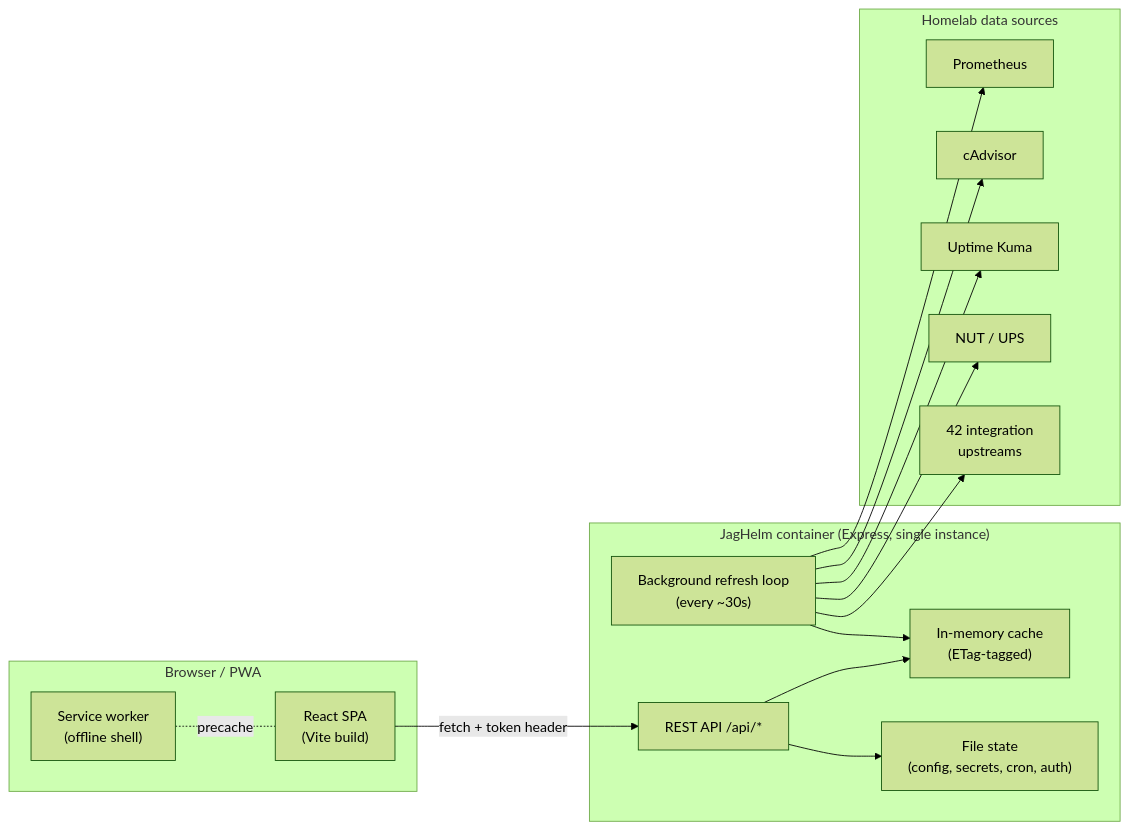
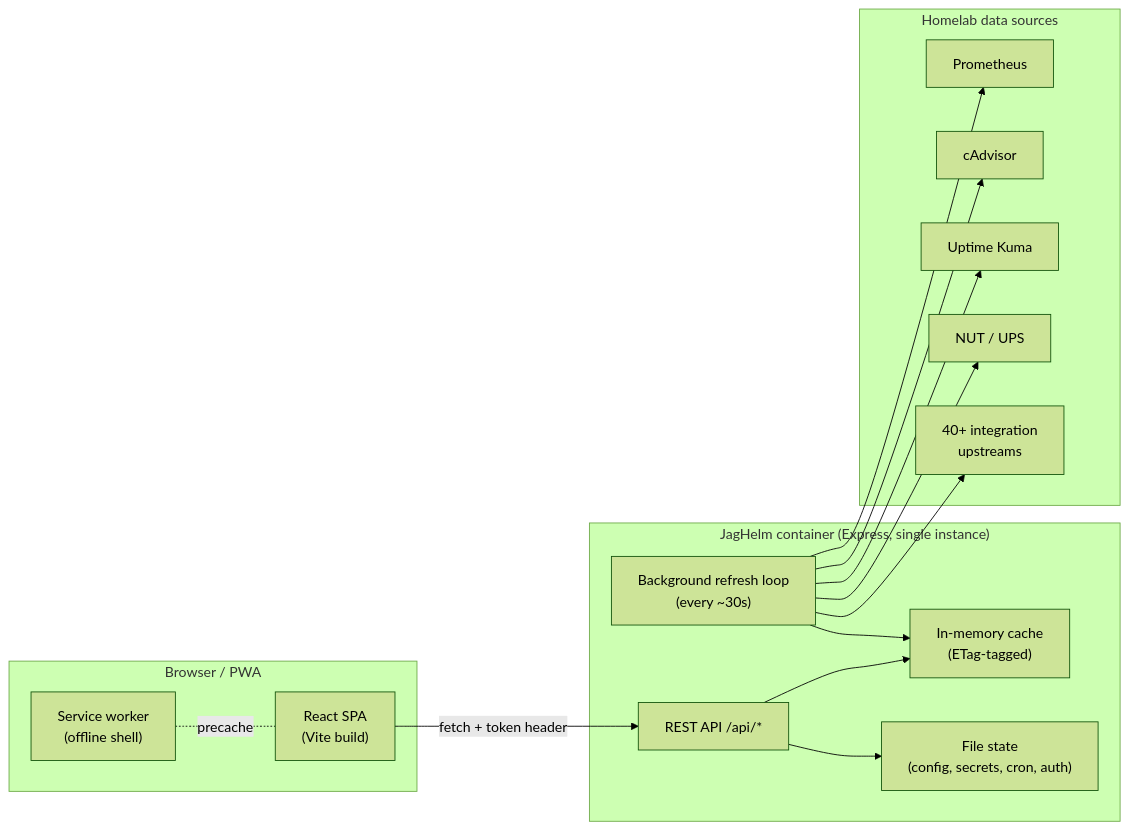
The first of 5 diagrams in docs/ARCHITECTURE.md (jagbhandal/jaghelm), drawn with Mermaid (forest theme) before and after one commit. The commit also changed other lines of this file and 9 other files, not shown here.

````diff
--- a/docs/ARCHITECTURE.md
+++ b/docs/ARCHITECTURE.md
@@ -32,33 +32,33 @@
 ```mermaid
 flowchart LR
   subgraph Client["Browser / PWA"]
     UI["React SPA<br/>(Vite build)"]
     SW["Service worker<br/>(offline shell)"]
   end
 
   subgraph Server["JagHelm container (Express, single instance)"]
     API["REST API /api/*"]
     REFRESH["Background refresh loop<br/>(every ~30s)"]
     CACHE["In-memory cache<br/>(ETag-tagged)"]
     STORE["File state<br/>(config, secrets, cron, auth)"]
   end
 
   subgraph Upstreams["Homelab data sources"]
     PROM["Prometheus"]
     CADV["cAdvisor"]
     KUMA["Uptime Kuma"]
     NUT["NUT / UPS"]
-    INT["42 integration<br/>upstreams"]
+    INT["40+ integration<br/>upstreams"]
   end
 
   UI -->|"fetch + token header"| API
   SW -. precache .- UI
   API --> CACHE
   REFRESH --> CACHE
   REFRESH --> PROM
   REFRESH --> CADV
   REFRESH --> KUMA
   REFRESH --> NUT
   REFRESH --> INT
   API --> STORE
 ```
````
